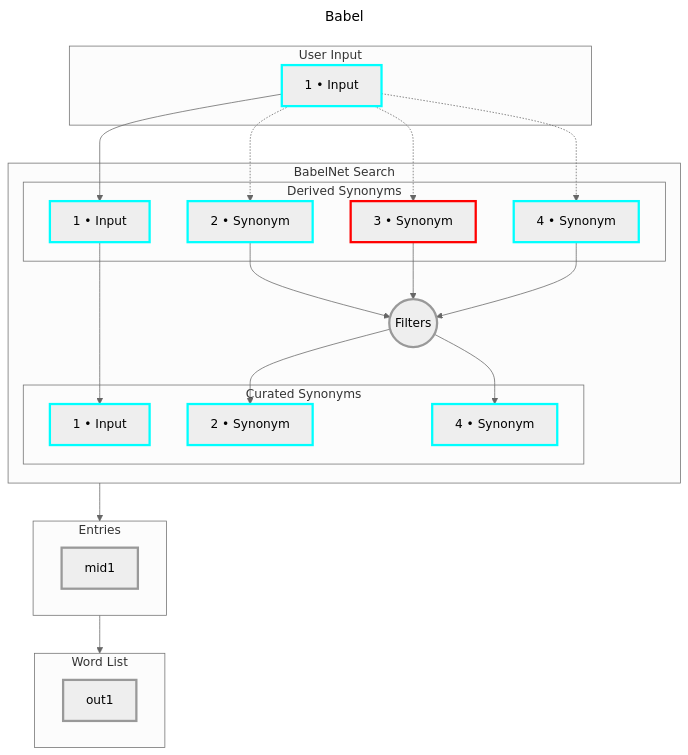
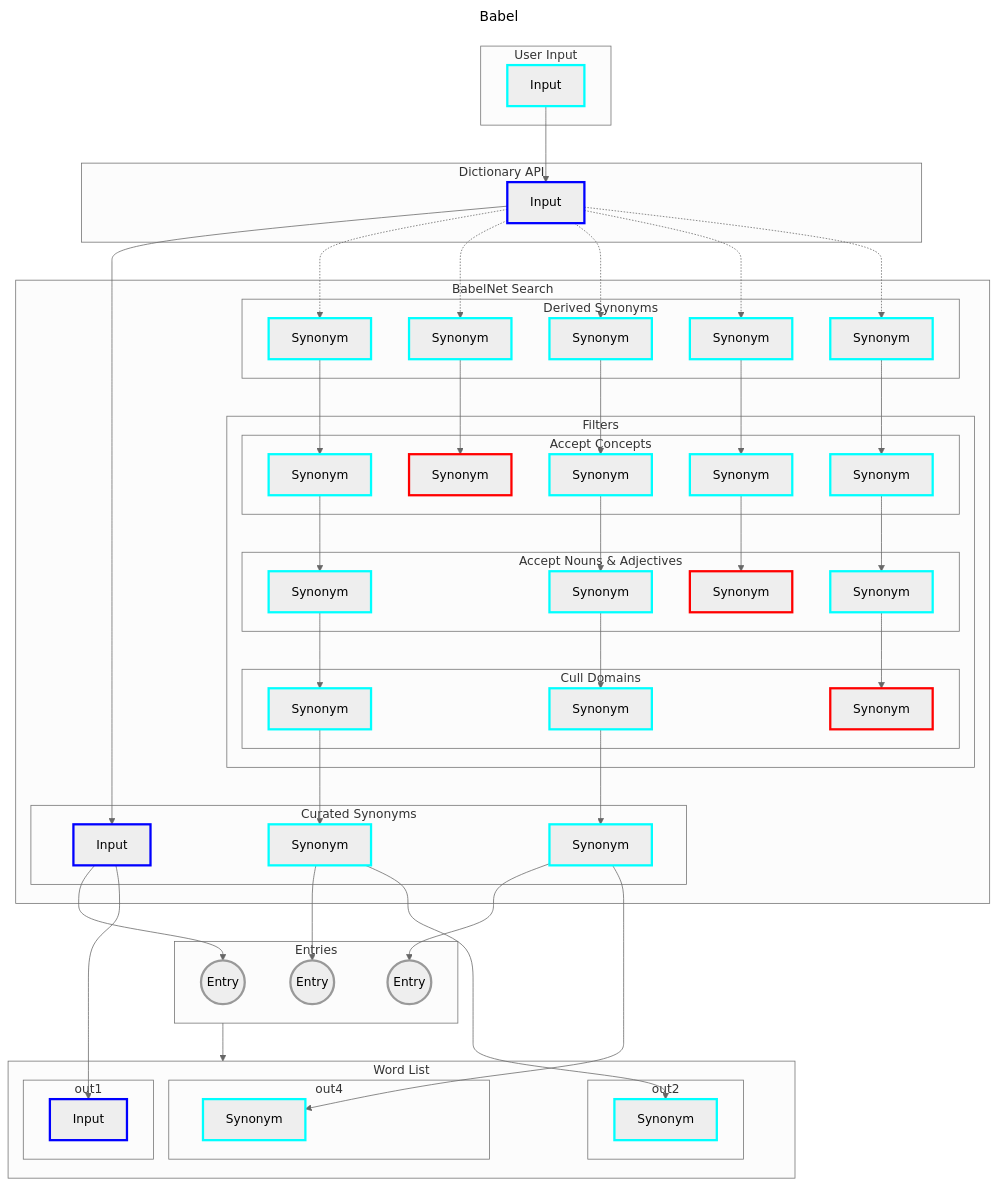
The third of 4 diagrams in docs/FLOW.md (JasonWarrenUK/got-my-back), drawn with Mermaid (neutral theme) before and after one commit.

Commit message:
docs: further BabelNet flow

````diff
--- a/docs/FLOW.md
+++ b/docs/FLOW.md
@@ -110,50 +110,107 @@
 ---
     graph TD
     subgraph inUse["`User Input`"]
-        inUse1["`1 • Input`"]:::isConcept
+        inUse1["`Input`"]:::isYes
     end
+
+    inUse1 --> inDic1
+
+    subgraph inDic["`Dictionary API`"]
+        inDic1["`Input`"]:::isFin
+    end
+
+    inDic1 --> inSynCur1
+        inDic1 -.-> inSynDer2
+        inDic1 -.-> inSynDer3
+        inDic1 -.-> inSynDer4
+        inDic1 -.-> inSynDer5
+        inDic1 -.-> inSynDer6
 
     subgraph inSyn["`BabelNet Search`"]
         subgraph inSynDer["`Derived Synonyms`"]
-            inSynDer1["`1 • Input`"]:::isConcept
-            inSynDer2["`2 • Synonym`"]:::isConcept
-            inSynDer3["`3 • Synonym`"]:::isEntity
-            inSynDer4["`4 • Synonym`"]:::isConcept
+            inSynDer2["`Synonym`"]:::isYes
+            inSynDer3["`Synonym`"]:::isYes
+            inSynDer4["`Synonym`"]:::isYes
+            inSynDer5["`Synonym`"]:::isYes
+            inSynDer6["`Synonym`"]:::isYes
         end
 
-        inFil(("`Filters`"))
+        inSynDer2 --> inFilCon2
+            inSynDer3 --> inFilCon3
+            inSynDer4 --> inFilCon4
+            inSynDer5 --> inFilCon5
+            inSynDer6 --> inFilCon6
+
+        subgraph inFil["`Filters`"]
+            subgraph inFilCon["`Accept Concepts`"]
+                inFilCon2["`Synonym`"]:::isYes
+                inFilCon3["`Synonym`"]:::isNo
+                inFilCon4["`Synonym`"]:::isYes
+                inFilCon5["`Synonym`"]:::isYes
+                inFilCon6["`Synonym`"]:::isYes
+            end
+
+            inFilCon2 --> inFilVer2
+                inFilCon4 --> inFilVer4
+                inFilCon5 --> inFilVer5
+                inFilCon6 --> inFilVer6
+
+            subgraph inFilVer["`Accept Nouns & Adjectives`"]
+                inFilVer2["`Synonym`"]:::isYes
+                inFilVer4["`Synonym`"]:::isYes
+                inFilVer5["`Synonym`"]:::isNo
+                inFilVer6["`Synonym`"]:::isYes
+            end
+
+            inFilVer2 --> inFilDom2
+                inFilVer4 --> inFilDom4
+                inFilVer6 --> inFilDom6
+
+            subgraph inFilDom["`Cull Domains`"]
+                inFilDom2["`Synonym`"]:::isYes
+                inFilDom4["`Synonym`"]:::isYes
+                inFilDom6["`Synonym`"]:::isNo
+            end
+        end
+
+        inFilDom2 --> inSynCur2
+            inFilDom4 --> inSynCur4
 
         subgraph inSynCur["`Curated Synonyms`"]
-            inSynCur1["`1 • Input`"]:::isConcept
-            inSynCur2["`2 • Synonym`"]:::isConcept
-            inSynCur4["`4 • Synonym`"]:::isConcept
+            inSynCur1["`Input`"]:::isFin
+            inSynCur2["`Synonym`"]:::isYes
+            inSynCur4["`Synonym`"]:::isYes
         end
     end
 
+    inSynCur1 --> midHub1 & out1_1
+        inSynCur2 --> midHub2 & out2_1
+        inSynCur4 --> midHub4 & out4_1
+
     subgraph mid["`Entries`"]
-        mid1
+        midHub1(("`Entry`"))
+        midHub2(("`Entry`"))
+        midHub4(("`Entry`"))
     end
-
-    subgraph out["`Word List`"]
-        out1
-    end
-
-    inUse1 --> inSynDer1
-        inUse1 -.-> inSynDer2
-        inUse1 -.-> inSynDer3
-        inUse1 -.-> inSynDer4
-    inSynDer1 --> inSynCur1
-        inSynDer2 --> inFil
-        inSynDer3 --> inFil
-        inSynDer4 --> inFil
-    inFil --> inSynCur2
-        inFil --> inSynCur4
-
-    inSyn --> mid
 
     mid --> out
 
+    subgraph out["`Word List`"]
+        subgraph out1
+            out1_1["`Input`"]:::isFin
+        end
+        
+        subgraph out2
+            out2_1["`Synonym`"]:::isYes
+        end
+        
+        subgraph out4
+            out4_1["`Synonym`"]:::isYes
+        end
+    end
+
     classDef default stroke-width:3px
-    classDef isEntity stroke:#f00
-    classDef isConcept stroke:#0ff
+    classDef isFin stroke:#00f
+    classDef isYes stroke:#0ff
+    classDef isNo stroke:#f00
 ```
````
